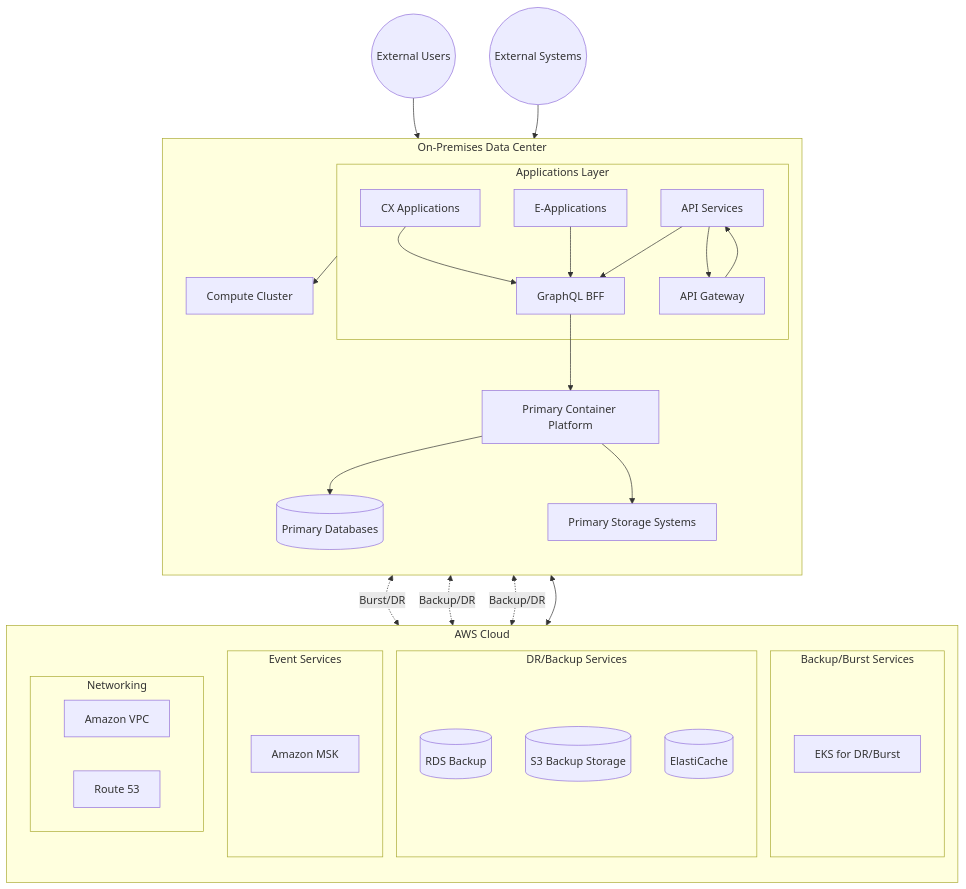
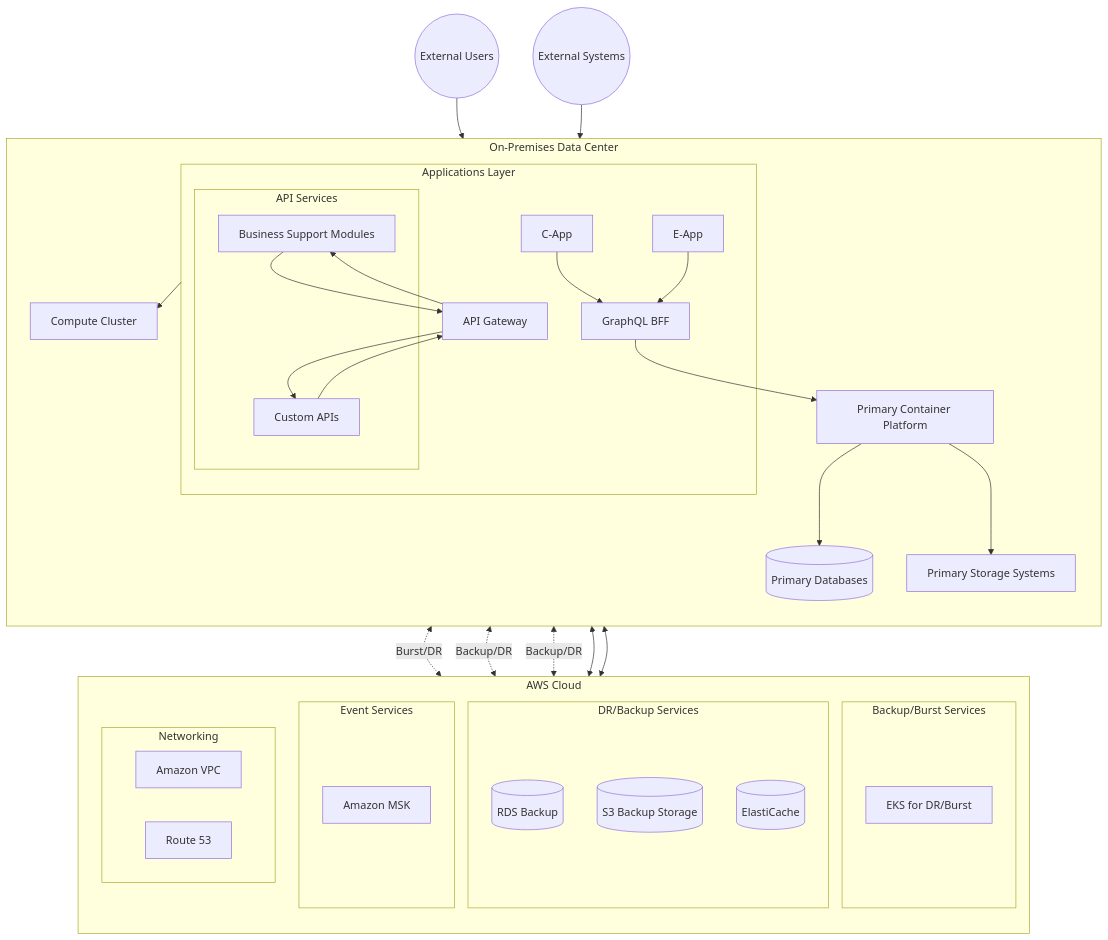
The diagram in AWS-HybridCloud.md (henryrestive/infra-docs), drawn with Mermaid before and after one commit. The commit also changed other lines of this file and 2 other files, not shown here.

Commit message:
Rename components to match with Customer's requirements

````diff
--- a/AWS-HybridCloud.md
+++ b/AWS-HybridCloud.md
@@ -8,57 +8,61 @@
 ```mermaid
 graph TB
     subgraph OnPrem[On-Premises Data Center]
         direction TB
         subgraph Apps[Applications Layer]
-            CX[CX Applications]
-            EApp[E-Applications]
-            API[API Services]
+            CApp[C-App]
+            EApp[E-App]
+            subgraph API[API Services]
+                BSM[Business Support Modules]
+                CustomAPI[Custom APIs]
+            end
             BFF[GraphQL BFF]
             Gateway[API Gateway]
         end
         
         ContainerPlatform[Primary Container Platform]
         PrimaryDB[(Primary Databases)]
         PrimaryStorage[Primary Storage Systems]
         ComputeCluster[Compute Cluster]
     end
 
     subgraph AWS[AWS Cloud]
         direction TB
         subgraph Compute[Backup/Burst Services]
             EKS[EKS for DR/Burst]
         end
         
         subgraph Data[DR/Backup Services]
             RDS[(RDS Backup)]
             S3[(S3 Backup Storage)]
             ElastiCache[(ElastiCache)]
         end
         
         subgraph Messaging[Event Services]
             MSK[Amazon MSK]
         end
         
         subgraph Network[Networking]
             VPC[Amazon VPC]
             Route53[Route 53]
         end
     end
 
     ExternalUsers((External Users))
     ExternalSystems((External Systems))
 
-    CX & EApp & API --> BFF
-    API --> Gateway
-    Gateway --> API
+    CApp & EApp --> BFF
+    BSM & CustomAPI --> Gateway
+    Gateway --> BSM
+    Gateway --> CustomAPI
     ExternalUsers --> Gateway
     ExternalSystems --> Gateway
     BFF --> ContainerPlatform
     ContainerPlatform --> PrimaryDB
     ContainerPlatform --> PrimaryStorage
     Apps --> ComputeCluster
     ContainerPlatform <-.->|Burst/DR| EKS
     PrimaryDB <-.->|Backup/DR| RDS
     PrimaryStorage <-.->|Backup/DR| S3
-    API <--> MSK
+    BSM & CustomAPI <--> MSK
 ```
````
